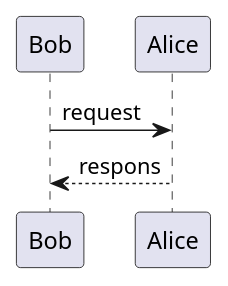
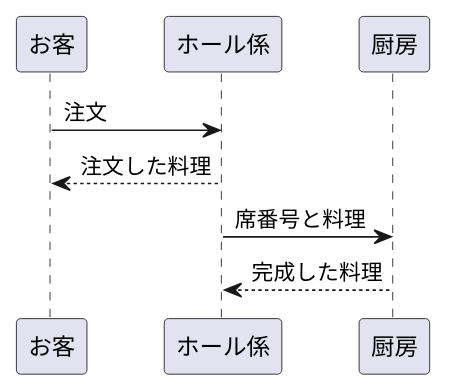
One commit to Aso2001178/2021sys-design changed the diagram in kadai3.md. Above: the diagram before and after it, drawn with PlantUML.

````diff
--- a/kadai3.md
+++ b/kadai3.md
@@ -1,6 +1,8 @@
 ```uml
 @startuml
-Bob->Alice:request
-Alice-->Bob:respons
+お客->ホール係:注文
+ホール係-->お客:注文した料理
+ホール係->厨房:席番号と料理
+厨房-->ホール係:完成した料理
 @enduml
 ```
````
